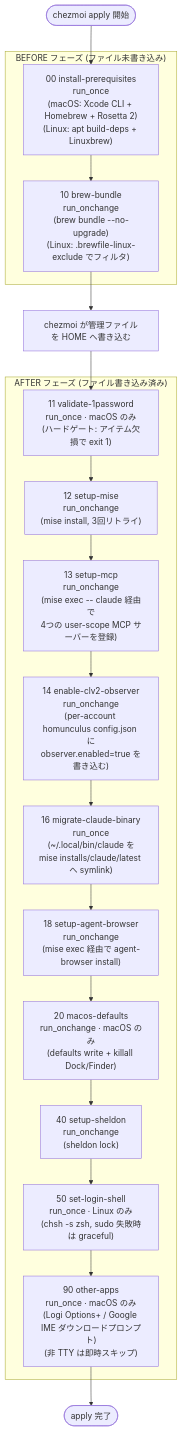
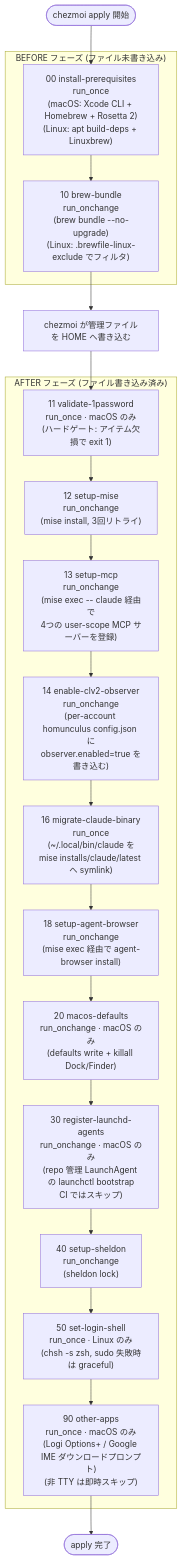
The diagram in docs/architecture/lifecycle-scripts.ja.md (kryota-dev/dotfiles), drawn with Mermaid before and after one commit. The commit also changed other lines of this file and 9 other files, not shown here.

````diff
--- a/docs/architecture/lifecycle-scripts.ja.md
+++ b/docs/architecture/lifecycle-scripts.ja.md
@@ -22,28 +22,29 @@
 ```mermaid
 flowchart TD
     A([chezmoi apply 開始]) --> B
 
     subgraph BEFORE ["BEFORE フェーズ (ファイル未書き込み)"]
         B["00 install-prerequisites\nrun_once\n(macOS: Xcode CLI + Homebrew + Rosetta 2)\n(Linux: apt build-deps + Linuxbrew)"]
         B --> C["10 brew-bundle\nrun_onchange\n(brew bundle --no-upgrade)\n(Linux: .brewfile-linux-exclude でフィルタ)"]
     end
 
     C --> FILES[chezmoi が管理ファイルを HOME へ書き込む]
 
     FILES --> D
 
     subgraph AFTER ["AFTER フェーズ (ファイル書き込み済み)"]
         D["11 validate-1password\nrun_once · macOS のみ\n(ハードゲート: アイテム欠損で exit 1)"]
         D --> E["12 setup-mise\nrun_onchange\n(mise install, 3回リトライ)"]
         E --> F["13 setup-mcp\nrun_onchange\n(mise exec -- claude 経由で\n4つの user-scope MCP サーバーを登録)"]
         F --> G["14 enable-clv2-observer\nrun_onchange\n(per-account homunculus config.json に\nobserver.enabled=true を書き込む)"]
         G --> H["16 migrate-claude-binary\nrun_once\n(~/.local/bin/claude を\nmise installs/claude/latest へ symlink)"]
         H --> I["18 setup-agent-browser\nrun_onchange\n(mise exec 経由で agent-browser install)"]
         I --> J["20 macos-defaults\nrun_onchange · macOS のみ\n(defaults write + killall Dock/Finder)"]
-        J --> K["40 setup-sheldon\nrun_onchange\n(sheldon lock)"]
+        J --> J2["30 register-launchd-agents\nrun_onchange · macOS のみ\n(repo 管理 LaunchAgent の launchctl bootstrap\nCI ではスキップ)"]
+        J2 --> K["40 setup-sheldon\nrun_onchange\n(sheldon lock)"]
         K --> L["50 set-login-shell\nrun_once · Linux のみ\n(chsh -s zsh, sudo 失敗時は graceful)"]
         L --> M["90 other-apps\nrun_once · macOS のみ\n(Logi Options+ / Google IME ダウンロードプロンプト)\n(非 TTY は即時スキップ)"]
     end
 
     M --> N([apply 完了])
 ```
````
